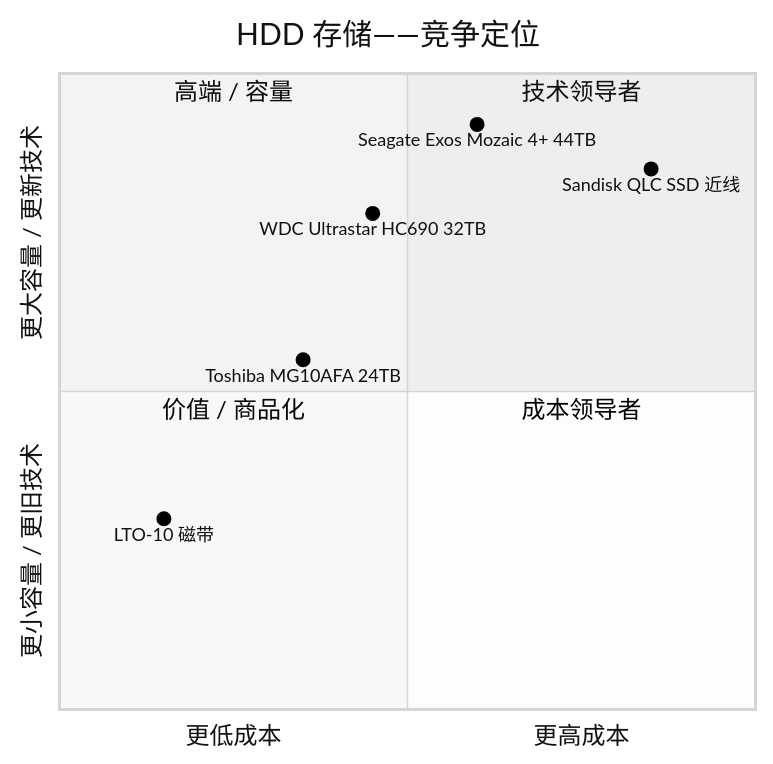
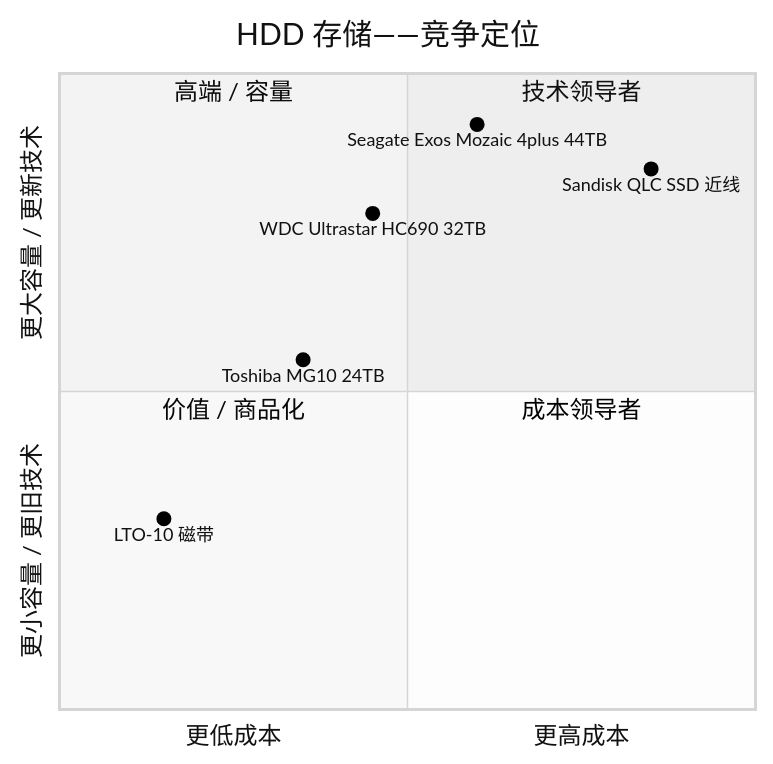
The fourth of 4 diagrams in reports/company/WesternDigital_NASDAQ_WDC/WesternDigital_NASDAQ_WDC_公司研究.md (dadachundan/financial_agent), drawn with Mermaid (neutral theme) before and after one commit. The commit also changed other lines of this file, not shown here.

First line of the commit message:
feat(company-research): refresh Western Digital (WDC) — decision layer + full chart suite

````diff
--- a/reports/company/WesternDigital_NASDAQ_WDC/WesternDigital_NASDAQ_WDC_公司研究.md
+++ b/reports/company/WesternDigital_NASDAQ_WDC/WesternDigital_NASDAQ_WDC_公司研究.md
@@ -330,15 +730,15 @@
 ```mermaid
 quadrantChart
     title HDD 存储——竞争定位
     x-axis "更低成本" --> "更高成本"
     y-axis "更小容量 / 更旧技术" --> "更大容量 / 更新技术"
     quadrant-1 "技术领导者"
     quadrant-2 "高端 / 容量"
     quadrant-3 "价值 / 商品化"
     quadrant-4 "成本领导者"
     "WDC Ultrastar HC690 32TB": [0.45, 0.78]
-    "Seagate Exos Mozaic 4+ 44TB": [0.6, 0.92]
-    "Toshiba MG10AFA 24TB": [0.35, 0.55]
+    "Seagate Exos Mozaic 4plus 44TB": [0.6, 0.92]
+    "Toshiba MG10 24TB": [0.35, 0.55]
     "Sandisk QLC SSD 近线": [0.85, 0.85]
     "LTO-10 磁带": [0.15, 0.30]
 ```
````
